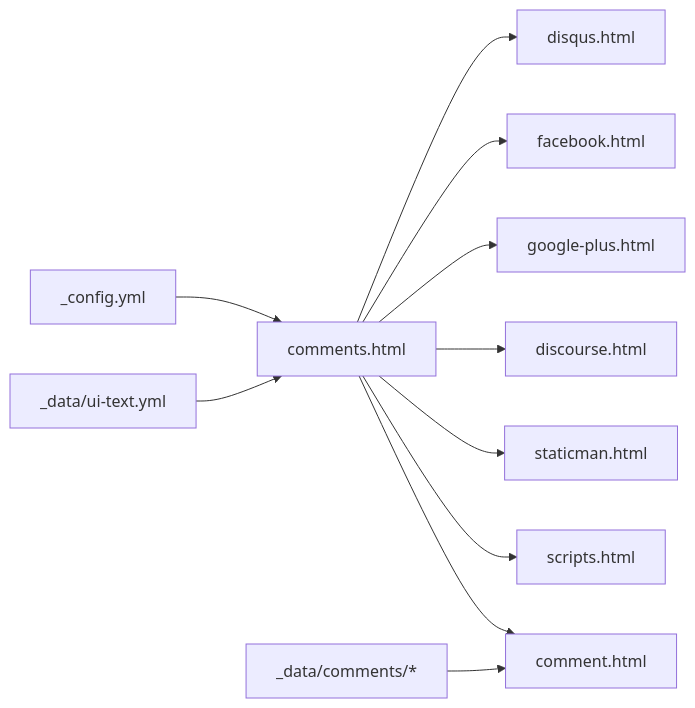
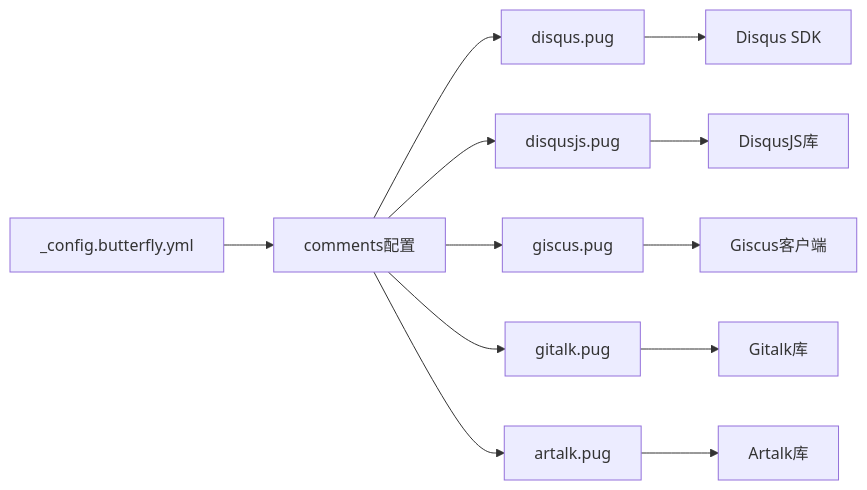
One commit to CoolPig0720/CoolPig0720.github.io changed the third of 3 diagrams in .qoder/repowiki/zh/content/社交和集成功能/评论系统集成.md. Above: the diagram before and after it, drawn with Mermaid. The commit also changed other lines of this file and 36 other files, not shown here.

````diff
--- a/.qoder/repowiki/zh/content/社交和集成功能/评论系统集成.md
+++ b/.qoder/repowiki/zh/content/社交和集成功能/评论系统集成.md
@@ -287,13 +182,14 @@
 ```mermaid
 graph LR
-CFG["_config.yml"] --> C["comments.html"]
-UI["_data/ui-text.yml"] --> C
-C --> DQ["disqus.html"]
-C --> FB["facebook.html"]
-C --> GP["google-plus.html"]
-C --> DS["discourse.html"]
-C --> SM["staticman.html"]
-C --> CU["scripts.html"]
-C --> CT["comment.html"]
-DATA["_data/comments/*"] --> CT
+BC["_config.butterfly.yml"] --> CC["comments配置"]
+CC --> DP["disqus.pug"]
+CC --> DJ["disqusjs.pug"]
+CC --> GC["giscus.pug"]
+CC --> GT["gitalk.pug"]
+CC --> AT["artalk.pug"]
+DP --> DS["Disqus SDK"]
+DJ --> DJC["DisqusJS库"]
+GC --> GSC["Giscus客户端"]
+GT --> GTC["Gitalk库"]
+AT --> ATC["Artalk库"]
 ```
````
